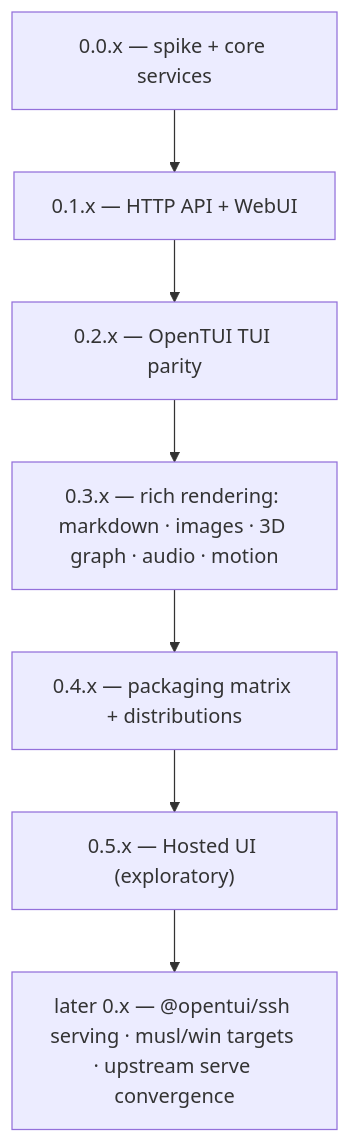
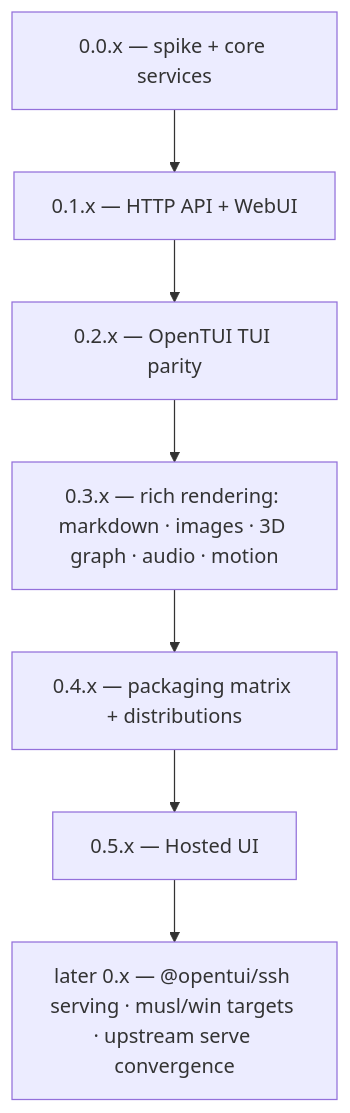
Before and after one commit to s-a-c/skills-ui: the diagram in ROADMAP.md, drawn with Mermaid. The commit also changed other lines of this file and 1 other file, not shown here.

First line of the commit message:
roadmap: 0.5.x Hosted UI done — page live, e2e green, gates 6/7 (S-130)

````diff
--- a/ROADMAP.md
+++ b/ROADMAP.md
@@ -5,9 +5,9 @@
 ```mermaid
 flowchart TB
   M0["0.0.x — spike + core services"] --> M1["0.1.x — HTTP API + WebUI"]
   M1 --> M2["0.2.x — OpenTUI TUI parity"]
   M2 --> M3["0.3.x — rich rendering: markdown · images · 3D graph · audio · motion"]
   M3 --> M4["0.4.x — packaging matrix + distributions"]
-  M4 --> M5["0.5.x — Hosted UI (exploratory)"]
+  M4 --> M5["0.5.x — Hosted UI"]
   M5 --> MX["later 0.x — @opentui/ssh serving · musl/win targets · upstream serve convergence"]
 ```
````
